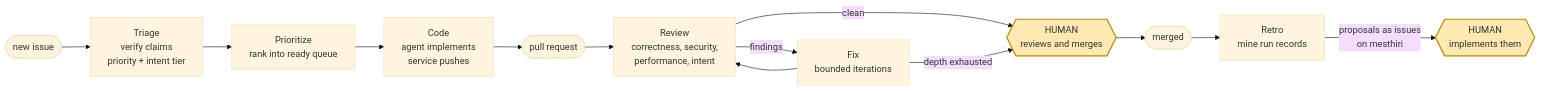
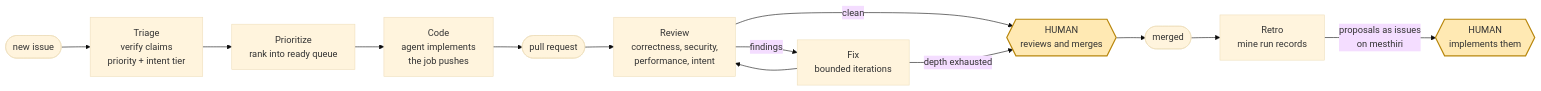
One commit to mesthiri/mesthiri changed the third of 7 diagrams in docs/architecture.md. Above: the diagram before and after it, drawn with Mermaid (base theme). The commit also changed other lines of this file and 5 other files, not shown here.

First line of the commit message:
Re-architect to CI-native dispatch, inspired by fullsend

````diff
--- a/docs/architecture.md
+++ b/docs/architecture.md
@@ -83,19 +99,19 @@
 ```mermaid
 flowchart LR
   issue(["new issue"]) --> tri
   tri["Triage<br/>verify claims<br/>priority + intent tier"] --> pri
   pri["Prioritize<br/>rank into ready queue"] --> code
-  code["Code<br/>agent implements<br/>service pushes"] --> pr(["pull request"])
+  code["Code<br/>agent implements<br/>the job pushes"] --> pr(["pull request"])
   pr --> rev
   rev["Review<br/>correctness, security,<br/>performance, intent"]
   rev -->|"findings"| fix["Fix<br/>bounded iterations"]
   fix --> rev
   rev -->|"clean"| gate{{"HUMAN<br/>reviews and merges"}}
   fix -->|"depth exhausted"| gate
   gate --> merged(["merged"])
   merged --> retro["Retro<br/>mine run records"]
   retro -->|"proposals as issues<br/>on mesthiri"| human2{{"HUMAN<br/>implements them"}}
 
   style gate fill:#ffe9b3,stroke:#b8860b,stroke-width:2px
   style human2 fill:#ffe9b3,stroke:#b8860b,stroke-width:2px
 ```
````
